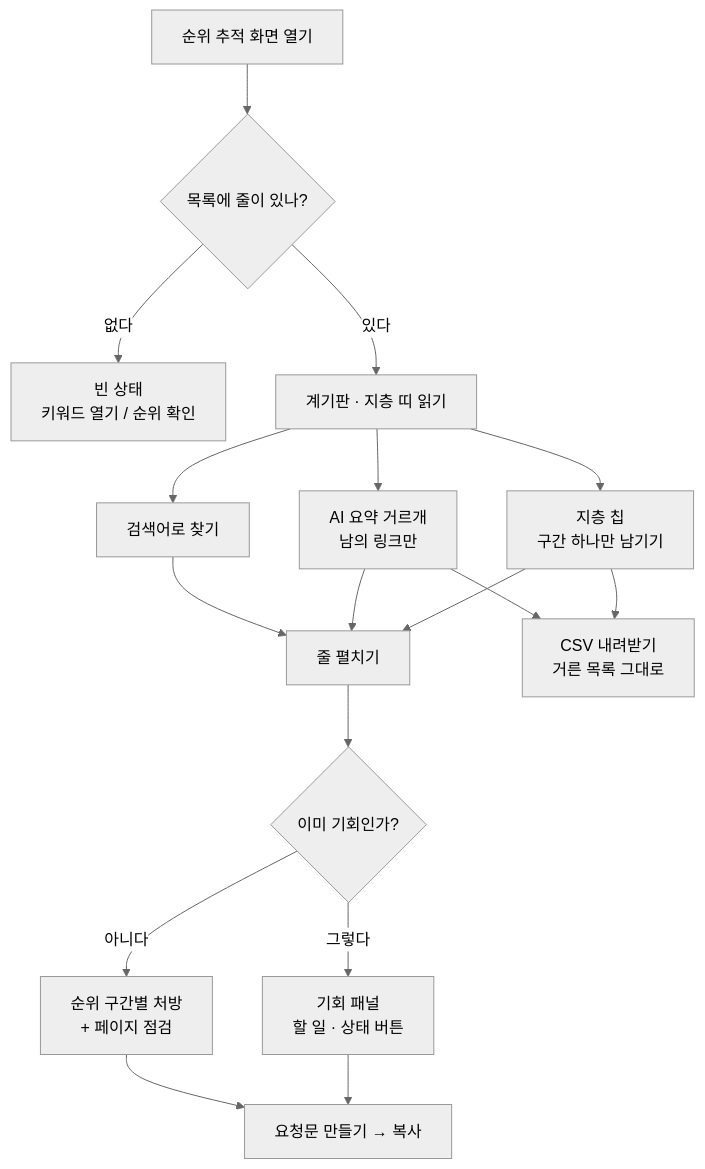
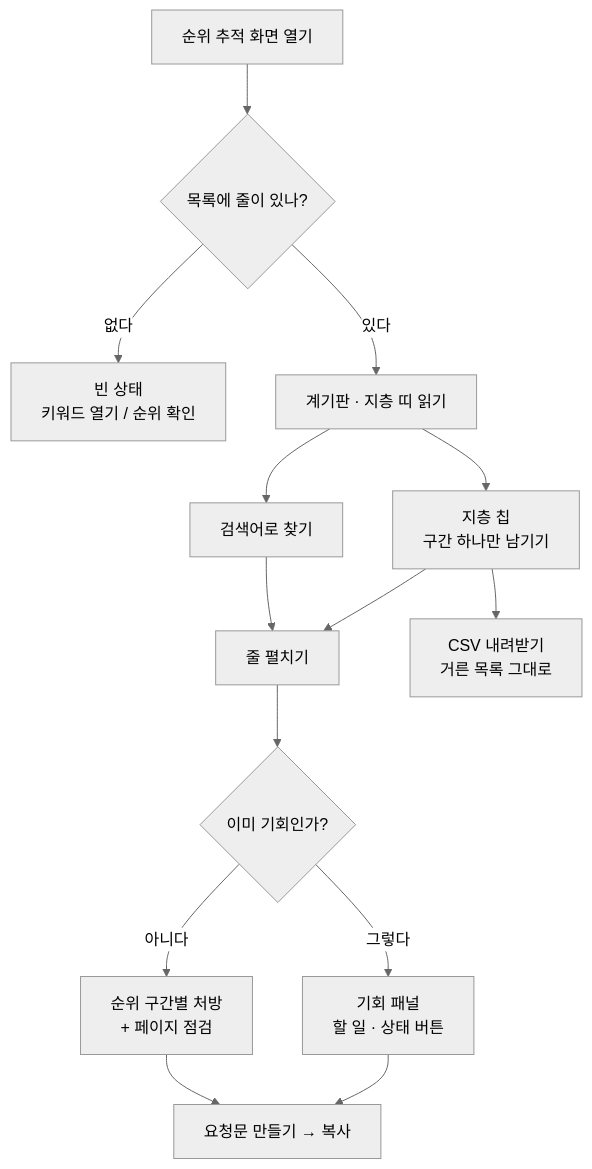
Before and after one commit to seanjr2847/seo-miner: the diagram in docs/screens/rank.md, drawn with Mermaid (neutral theme). The commit also changed other lines of this file and 52 other files, not shown here.

````diff
--- a/docs/screens/rank.md
+++ b/docs/screens/rank.md
@@ -106,19 +98,16 @@
 ```mermaid
 flowchart TD
   A["순위 추적 화면 열기"] --> B{"목록에 줄이 있나?"}
   B -->|"없다"| Z["빈 상태<br/>키워드 열기 / 순위 확인"]
   B -->|"있다"| C["계기판 · 지층 띠 읽기"]
   C --> D["지층 칩<br/>구간 하나만 남기기"]
-  C --> E["AI 요약 거르개<br/>남의 링크만"]
   C --> F["검색어로 찾기"]
   D --> G["줄 펼치기"]
-  E --> G
   F --> G
   G --> H{"이미 기회인가?"}
   H -->|"그렇다"| I["기회 패널<br/>할 일 · 상태 버튼"]
   H -->|"아니다"| J["순위 구간별 처방<br/>+ 페이지 점검"]
   I --> K["요청문 만들기 → 복사"]
   J --> K
   D --> L["CSV 내려받기<br/>거른 목록 그대로"]
-  E --> L
 ```
````
